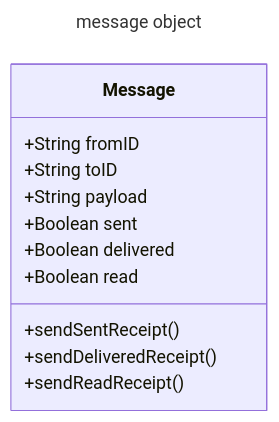
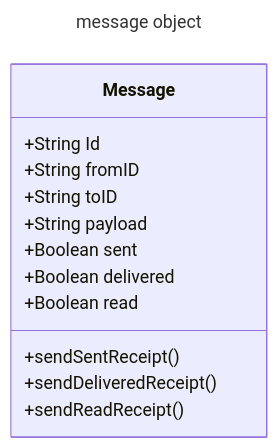
One commit to brk-a/system-design changed the first of 3 diagrams in 0x02-whatsapp/0-whatsapp.md. Above: the diagram before and after it, drawn with Mermaid. The commit also changed other lines of this file, not shown here.

````diff
--- a/0x02-whatsapp/0-whatsapp.md
+++ b/0x02-whatsapp/0-whatsapp.md
@@ -26,15 +26,16 @@
     ```mermaid
     ---
     title: message object
     ---
     classDiagram
+    Message : +String Id
     Message : +String fromID
     Message : +String toID
     Message : +String payload
     Message : +Boolean sent
     Message : +Boolean delivered
     Message : +Boolean read
     Message : +sendSentReceipt()
     Message : +sendDeliveredReceipt()
     Message : +sendReadReceipt()
     ```
````
